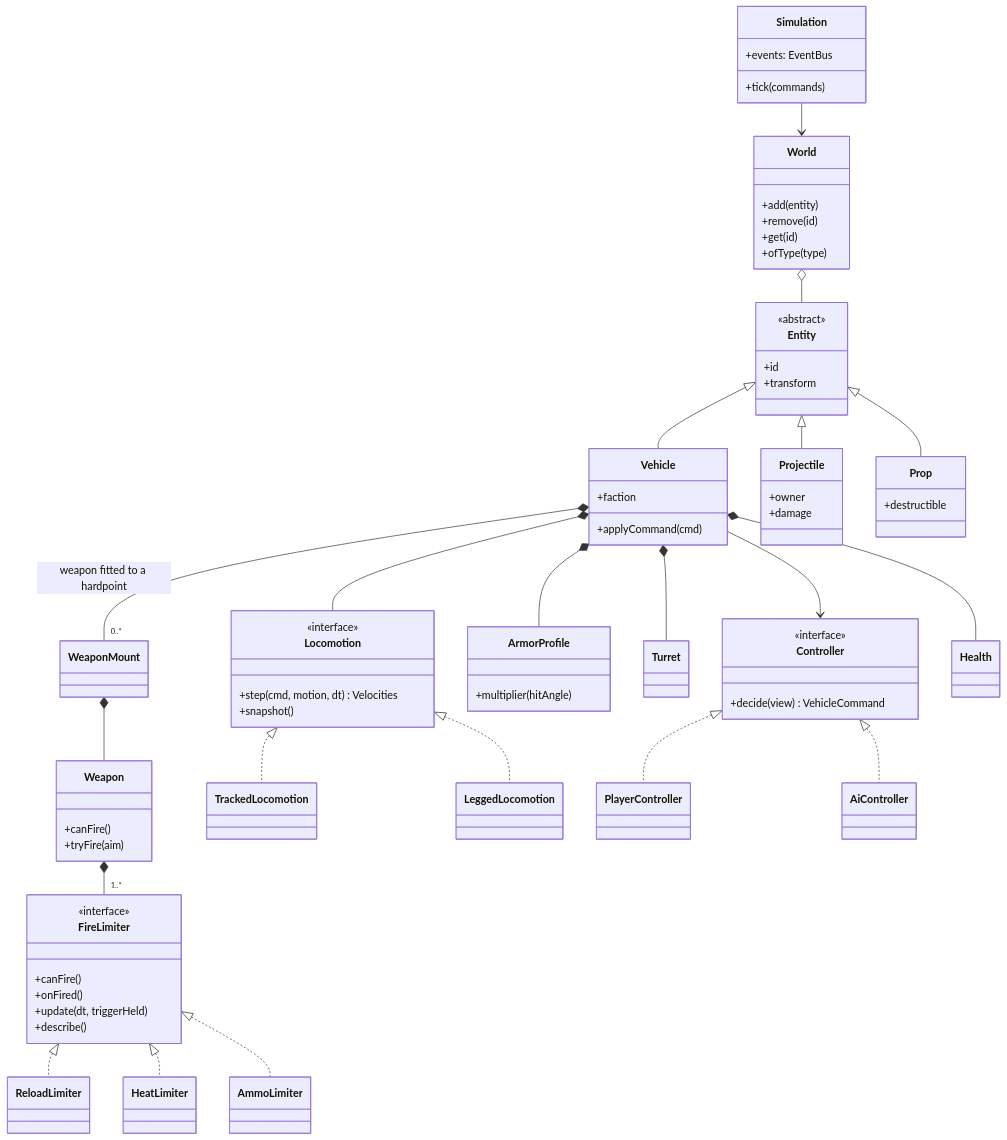
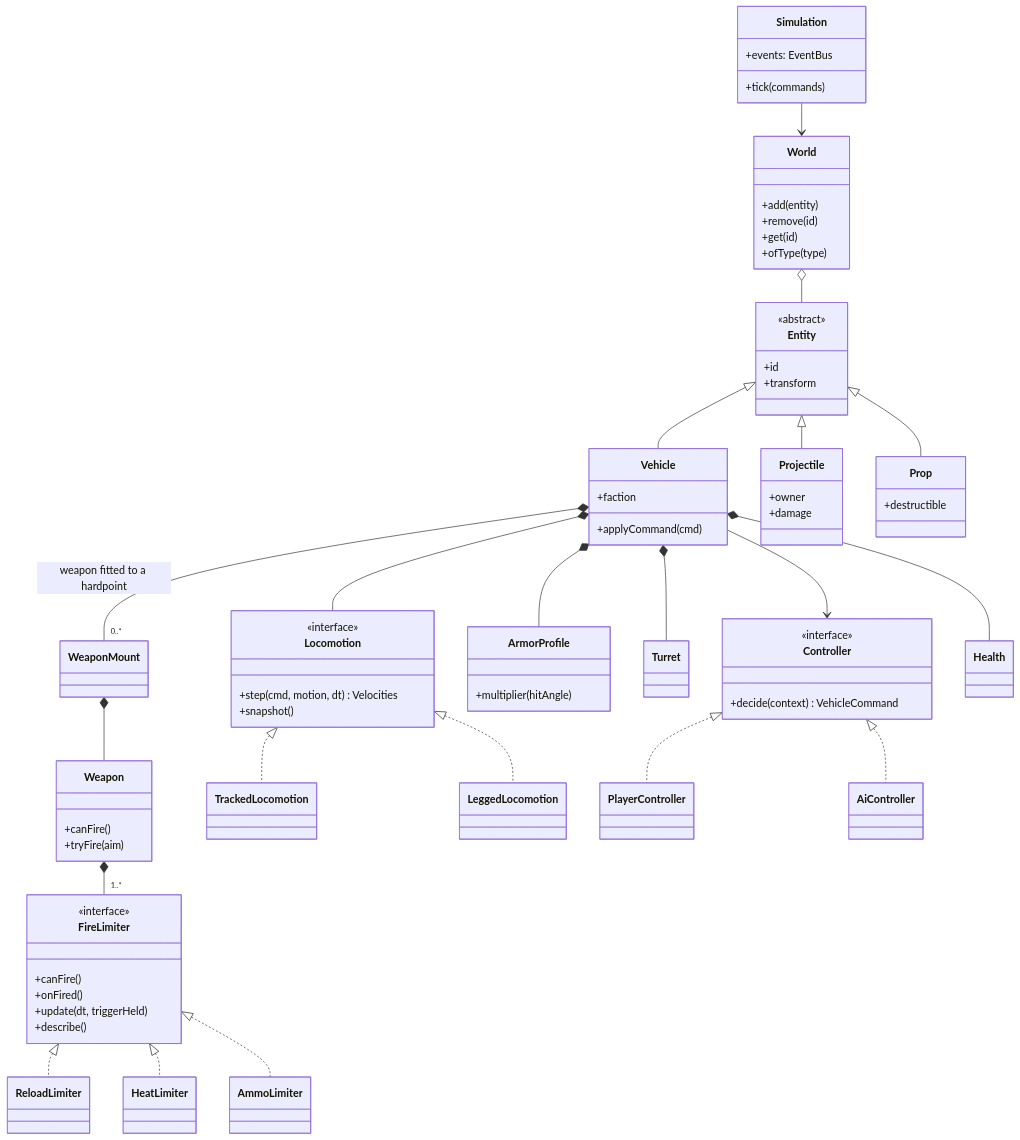
The second of 2 diagrams in docs/architecture.md (boneill406/hardpoint), drawn with Mermaid before and after one commit. The commit also changed other lines of this file and 13 other files, not shown here.

Commit message:
M4-3: line of sight and SimQueries; controllers see a read-only VehicleView

````diff
--- a/docs/architecture.md
+++ b/docs/architecture.md
@@ -50,72 +50,72 @@
 ```mermaid
 classDiagram
   class Simulation {
     +tick(commands)
     +events: EventBus
   }
   class World {
     +add(entity)
     +remove(id)
     +get(id)
     +ofType(type)
   }
   class Entity {
     <<abstract>>
     +id
     +transform
   }
   class Vehicle {
     +faction
     +applyCommand(cmd)
   }
   class Projectile {
     +owner
     +damage
   }
   class Prop {
     +destructible
   }
   class Locomotion {
     <<interface>>
     +step(cmd, motion, dt) Velocities
     +snapshot()
   }
   class Controller {
     <<interface>>
-    +decide(view) VehicleCommand
+    +decide(context) VehicleCommand
   }
   class Weapon {
     +canFire()
     +tryFire(aim)
   }
   class FireLimiter {
     <<interface>>
     +canFire()
     +onFired()
     +update(dt, triggerHeld)
     +describe()
   }
   class ArmorProfile {
     +multiplier(hitAngle)
   }
   Simulation --> World
   World o-- Entity
   Entity <|-- Vehicle
   Entity <|-- Projectile
   Entity <|-- Prop
   Vehicle *-- Locomotion
   Vehicle *-- Turret
   Vehicle *-- "0..*" WeaponMount : weapon fitted to a hardpoint
   Vehicle *-- ArmorProfile
   Vehicle *-- Health
   Vehicle --> Controller
   WeaponMount *-- Weapon
   Weapon *-- "1..*" FireLimiter
   Locomotion <|.. TrackedLocomotion
   Locomotion <|.. LeggedLocomotion
   Controller <|.. PlayerController
   Controller <|.. AiController
   FireLimiter <|.. ReloadLimiter
   FireLimiter <|.. HeatLimiter
   FireLimiter <|.. AmmoLimiter
 ```
````
